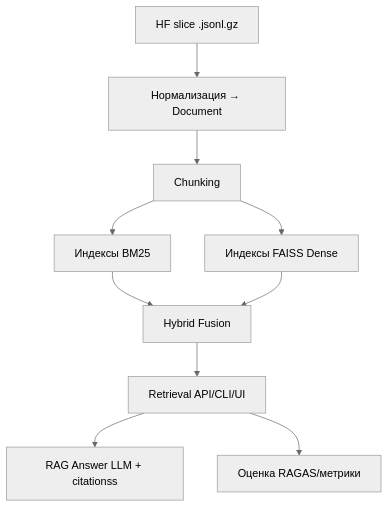
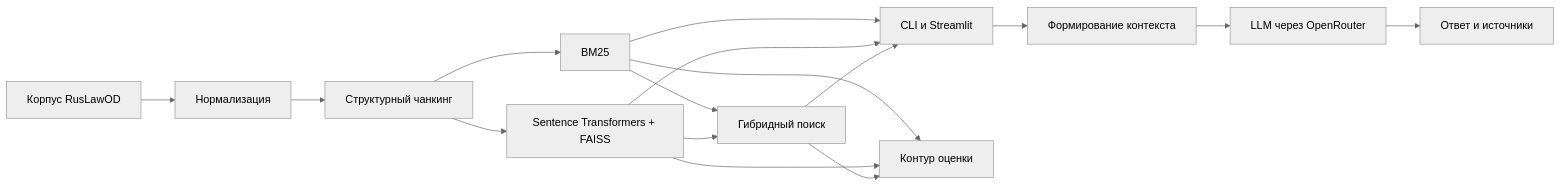
Before and after one commit to berberberk/rag-ruslaw: the diagram in README.md, drawn with Mermaid (neutral theme). The commit also changed other lines of this file, not shown here.

````diff
--- a/README.md
+++ b/README.md
@@ -14,12 +22,18 @@
 ```mermaid
-graph TD
-    A[HF slice .jsonl.gz] --> B[Нормализация → Document]
-    B --> C[Chunking]
-    C --> D[Индексы BM25]
-    C --> E[Индексы FAISS Dense]
-    D --> F[Hybrid Fusion]
-    E --> F
-    F --> G[Retrieval API/CLI/UI]
-    G --> H[RAG Answer LLM + citationss]
-    G --> I[Оценка RAGAS/метрики]
+flowchart LR
+    D[Корпус RusLawOD] --> N[Нормализация]
+    N --> C[Структурный чанкинг]
+    C --> B[BM25]
+    C --> F[Sentence Transformers + FAISS]
+    B --> H[Гибридный поиск]
+    F --> H
+    B --> U[CLI и Streamlit]
+    F --> U
+    H --> U
+    U --> R[Формирование контекста]
+    R --> L[LLM через OpenRouter]
+    L --> A[Ответ и источники]
+    B --> E[Контур оценки]
+    F --> E
+    H --> E
 ```
````
